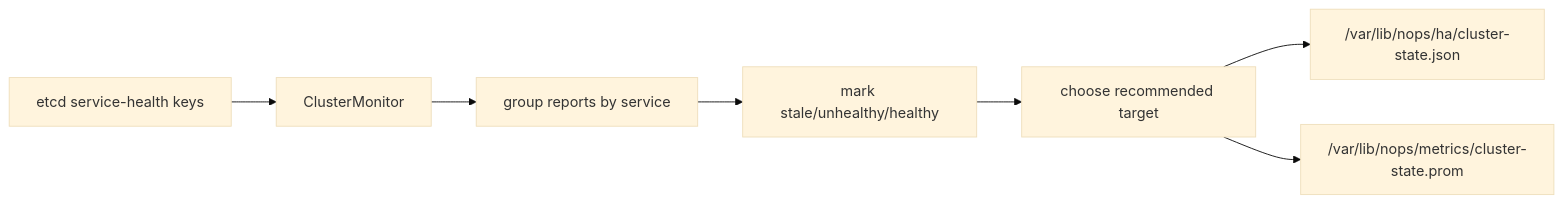
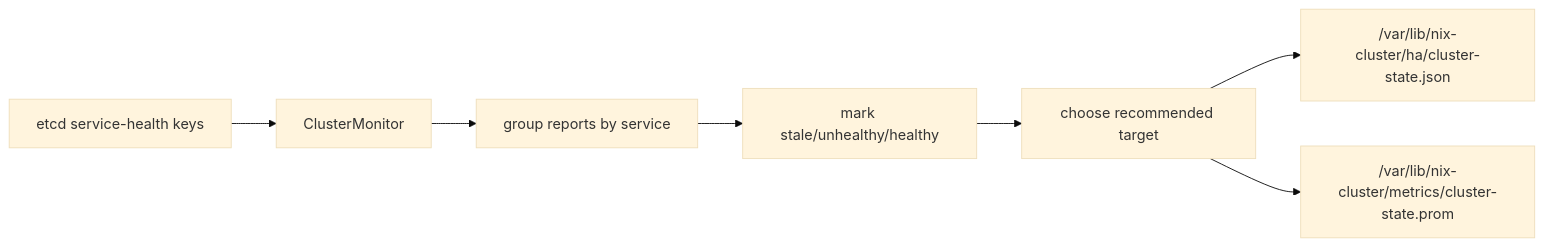
One commit to MossTeK/nix-cluster changed the seventh of 9 diagrams in docs/wiki/Architecture-and-Data-Flow.md. Above: the diagram before and after it, drawn with Mermaid (base theme). The commit also changed other lines of this file and 32 other files, not shown here.

Commit message:
chore: update nix-cluster

````diff
--- a/docs/wiki/Architecture-and-Data-Flow.md
+++ b/docs/wiki/Architecture-and-Data-Flow.md
@@ -251,9 +251,9 @@
 ```mermaid
 flowchart LR
     A["etcd service-health keys"] --> B["ClusterMonitor"]
     B --> C["group reports by service"]
     C --> D["mark stale/unhealthy/healthy"]
     D --> E["choose recommended target"]
-    E --> F["/var/lib/nops/ha/cluster-state.json"]
-    E --> G["/var/lib/nops/metrics/cluster-state.prom"]
+    E --> F["/var/lib/nix-cluster/ha/cluster-state.json"]
+    E --> G["/var/lib/nix-cluster/metrics/cluster-state.prom"]
 ```
````
